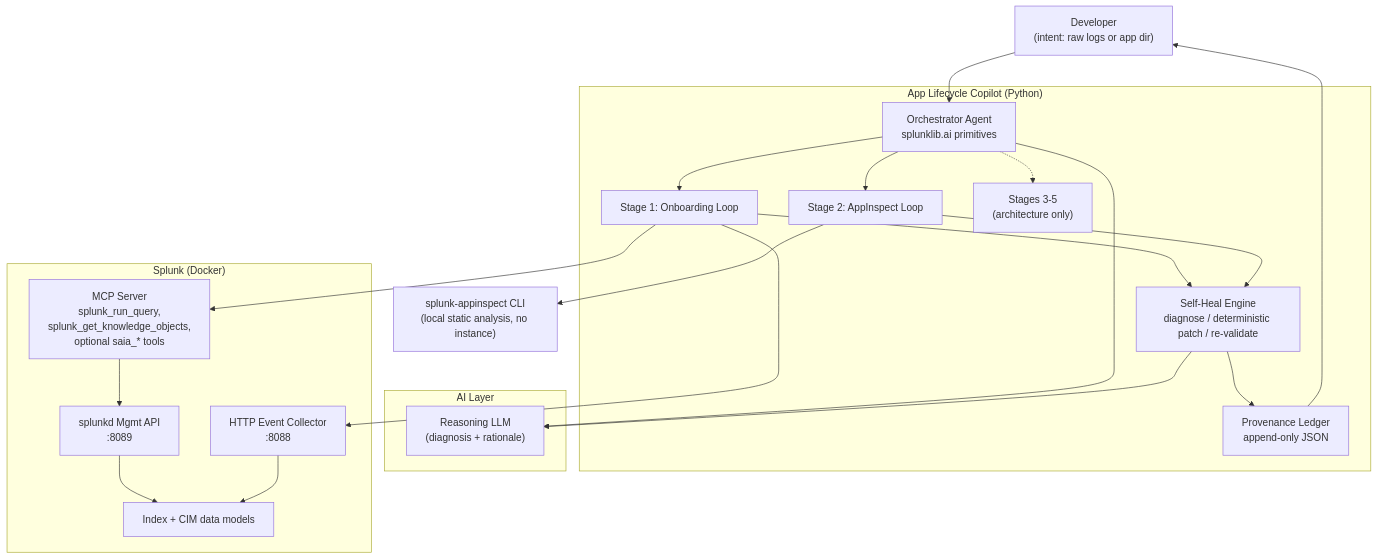
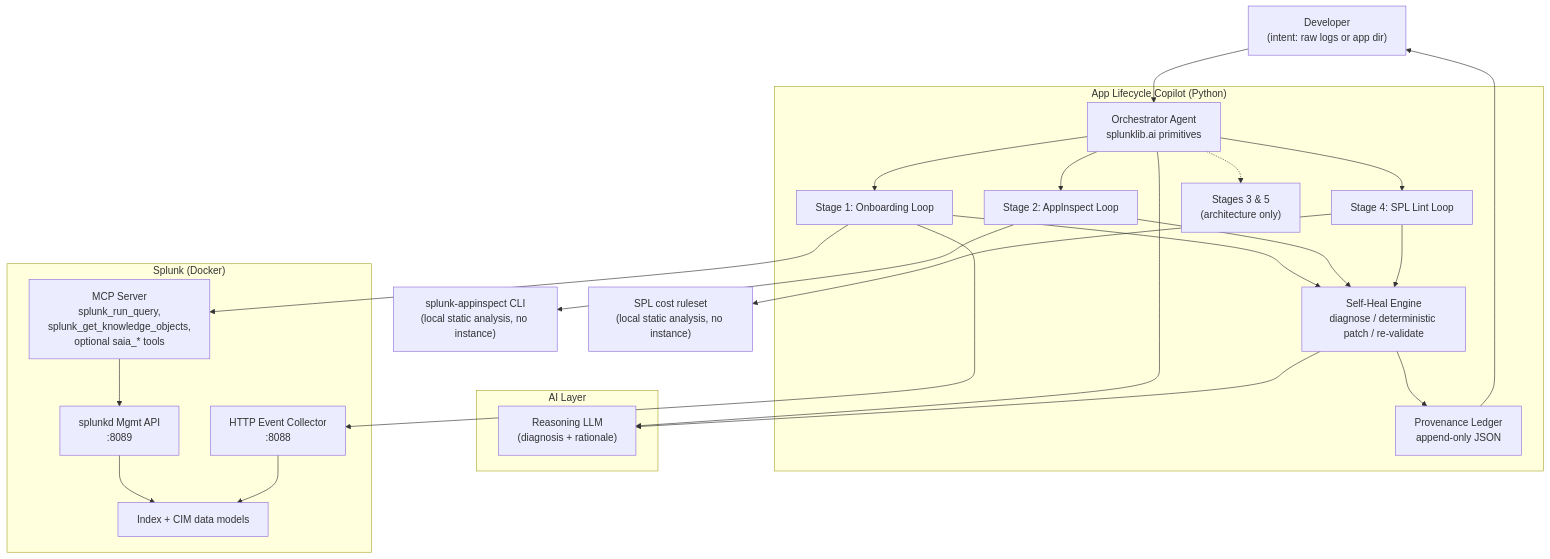
The diagram in architecture_diagram.md (ik-labs/splunk-app-lifecycle-copilot), drawn with Mermaid before and after one commit. The commit also changed other lines of this file and 2 other files, not shown here.

Commit message:
Document Stage 4 SPL lint as implemented
Update README, SCOPE, and the architecture diagram to reflect three
working loops (not two): add the cost-aware SPL lint loop to the scope
table (BUILD), a `copilot lint` usage section, the third dashboard stage,
and the SPL lint node in the system diagram. Stages 3 and 5 remain the
honest architecture-only future extensions.

````diff
--- a/architecture_diagram.md
+++ b/architecture_diagram.md
@@ -12,47 +12,51 @@
 ```mermaid
 flowchart TB
     DEV["Developer<br/>(intent: raw logs or app dir)"]
 
     subgraph COPILOT["App Lifecycle Copilot (Python)"]
         ORCH["Orchestrator Agent<br/>splunklib.ai primitives"]
         HEAL["Self-Heal Engine<br/>diagnose / deterministic patch / re-validate"]
         PROV["Provenance Ledger<br/>append-only JSON"]
         ONB["Stage 1: Onboarding Loop"]
         AIN["Stage 2: AppInspect Loop"]
-        STUB["Stages 3-5<br/>(architecture only)"]
+        SPL["Stage 4: SPL Lint Loop"]
+        STUB["Stages 3 & 5<br/>(architecture only)"]
     end
 
     subgraph AI["AI Layer"]
         LLM["Reasoning LLM<br/>(diagnosis + rationale)"]
     end
 
     subgraph SPLUNK["Splunk (Docker)"]
         MCP["MCP Server<br/>splunk_run_query,<br/>splunk_get_knowledge_objects,<br/>optional saia_* tools"]
         HEC["HTTP Event Collector<br/>:8088"]
         MGMT["splunkd Mgmt API<br/>:8089"]
         IDX["Index + CIM data models"]
     end
 
     AINSPECT["splunk-appinspect CLI<br/>(local static analysis, no instance)"]
 
     DEV --> ORCH
     ORCH --> LLM
     ORCH --> ONB
     ORCH --> AIN
+    ORCH --> SPL
     ORCH -.-> STUB
 
     ONB --> HEAL
     AIN --> HEAL
+    SPL --> HEAL
     HEAL --> LLM
     HEAL --> PROV
 
     ONB --> HEC
     ONB --> MCP
     MCP --> MGMT
     MGMT --> IDX
     HEC --> IDX
 
     AIN --> AINSPECT
+    SPL --> LINTER["SPL cost ruleset<br/>(local static analysis, no instance)"]
 
     PROV --> DEV
 ```
````
